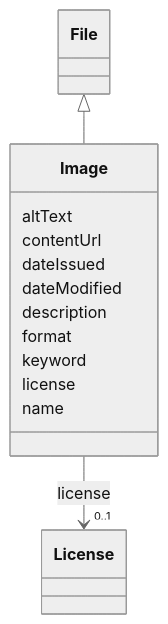
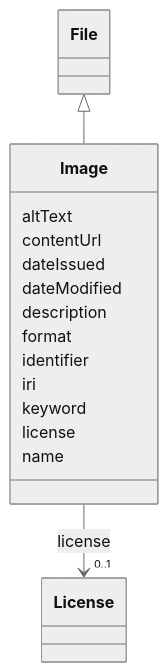
Before and after one commit to EVORA-project/evora-ontology: the diagram in models/docs/Image.md, drawn with Mermaid (neutral theme). The commit also changed other lines of this file and 391 other files, not shown here.

````diff
--- a/models/docs/Image.md
+++ b/models/docs/Image.md
@@ -19,34 +19,38 @@
 ```mermaid
  classDiagram
     class Image
     click Image href "../Image"
       File <|-- Image
         click File href "../File"
       
       Image : altText
         
       Image : contentUrl
         
       Image : dateIssued
         
       Image : dateModified
         
       Image : description
         
       Image : format
         
+      Image : identifier
+        
+      Image : iri
+        
       Image : keyword
         
       Image : license
         
           
     
     
     Image --> "0..1" License : license
     click License href "../License"
 
         
       Image : name
         
       
 ```
````
